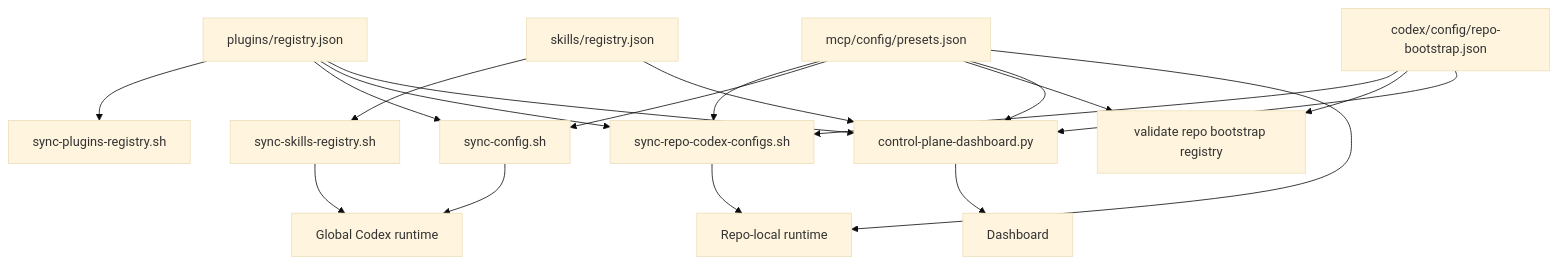
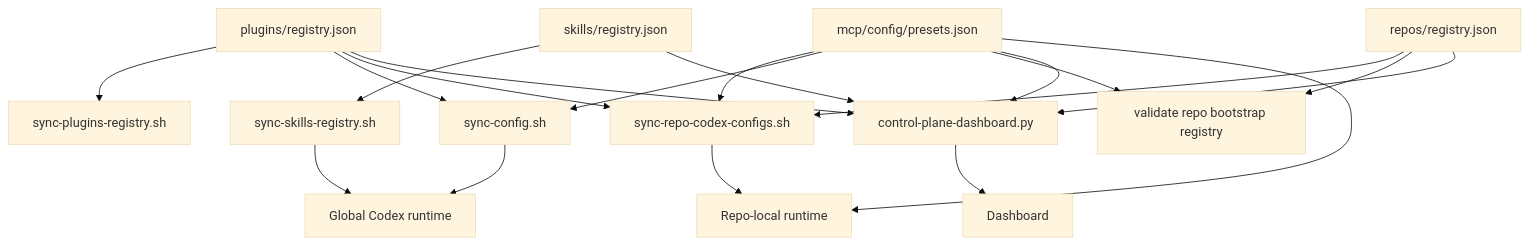
One commit to AdithyanI/agents changed the diagram in docs/architecture/capability-bootstrap-model.md. Above: the diagram before and after it, drawn with Mermaid (base theme). The commit also changed other lines of this file and 64 other files, not shown here.

````diff
--- a/docs/architecture/capability-bootstrap-model.md
+++ b/docs/architecture/capability-bootstrap-model.md
@@ -9,35 +9,35 @@
 ```mermaid
 flowchart TD
     P[plugins/registry.json]
     A[skills/registry.json]
-    B[codex/config/repo-bootstrap.json]
+    B[repos/registry.json]
     C[mcp/config/presets.json]
     PS[sync-plugins-registry.sh]
     E[sync-skills-registry.sh]
     F[sync-repo-codex-configs.sh]
     G[sync-config.sh]
     H[validate repo bootstrap registry]
     D[control-plane-dashboard.py]
     I[Global Codex runtime]
     J[Repo-local runtime]
     K[Dashboard]
 
     P --> PS
     P --> G
     P --> F
     P --> D
     A --> E
     A --> D
     B --> F
     B --> H
     B --> D
     C --> F
     C --> G
     C --> H
     C --> D
     C --> J
     E --> I
     F --> J
     G --> I
     D --> K
 ```
````
